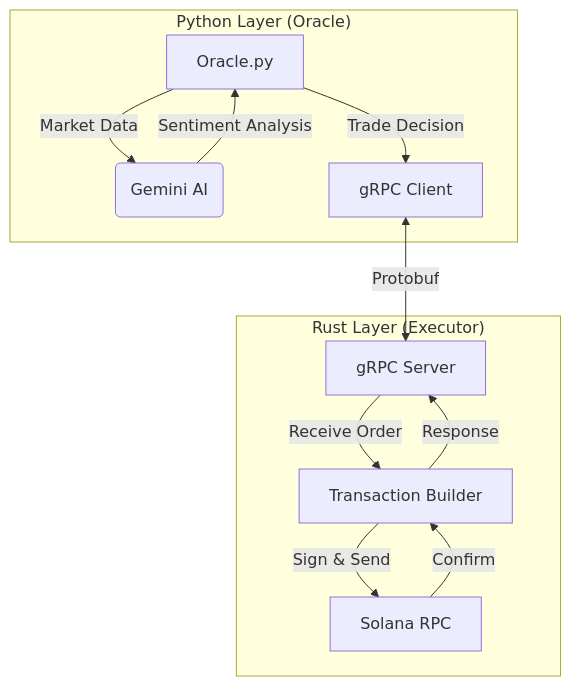
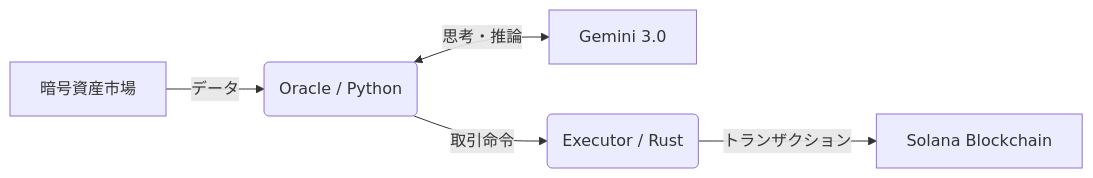
One commit to naki0227/sovereign-executor changed the diagram in README_JP.md. Above: the diagram before and after it, drawn with Mermaid. The commit also changed other lines of this file and 1 other file, not shown here.

Commit message:
docs: significantly improved README with vision and Gemini 3.0 branding

````diff
--- a/README_JP.md
+++ b/README_JP.md
@@ -26,17 +45,7 @@
 ```mermaid
-graph TD
-    subgraph "Python Layer (Oracle)"
-        A[Oracle.py] -->|Market Data| B(Gemini AI)
-        B -->|Sentiment Analysis| A
-        A -->|Trade Decision| C[gRPC Client]
-    end
-    
-    subgraph "Rust Layer (Executor)"
-        D[gRPC Server] -->|Receive Order| E[Transaction Builder]
-        E -->|Sign & Send| F[Solana RPC]
-    end
-    
-    C <-->|Protobuf| D
-    F -->|Confirm| E
-    E -->|Response| D
+graph LR
+    Market[暗号資産市場] -->|データ| Oracle(Oracle / Python)
+    Oracle <-->|思考・推論| AI[Gemini 3.0]
+    Oracle -->|取引命令| Executor(Executor / Rust)
+    Executor -->|トランザクション| Solana[Solana Blockchain]
 ```
````
